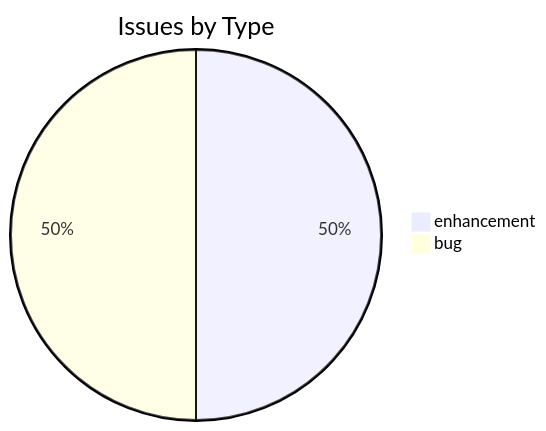
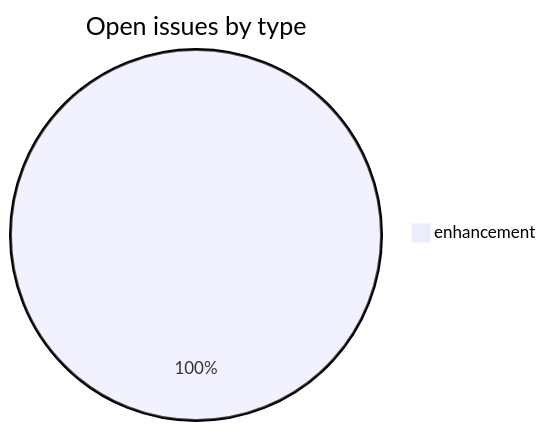
Before and after one commit to sanskrit-lexicon/csl-kale: the first of 2 diagrams in README.md, drawn with Mermaid. The commit also changed other lines of this file, not shown here.

````diff
--- a/README.md
+++ b/README.md
@@ -17,5 +28,4 @@
 ```mermaid
-pie title Issues by Type
+pie title Open issues by type
     "enhancement" : 1
-    "bug" : 1
 ```
````
